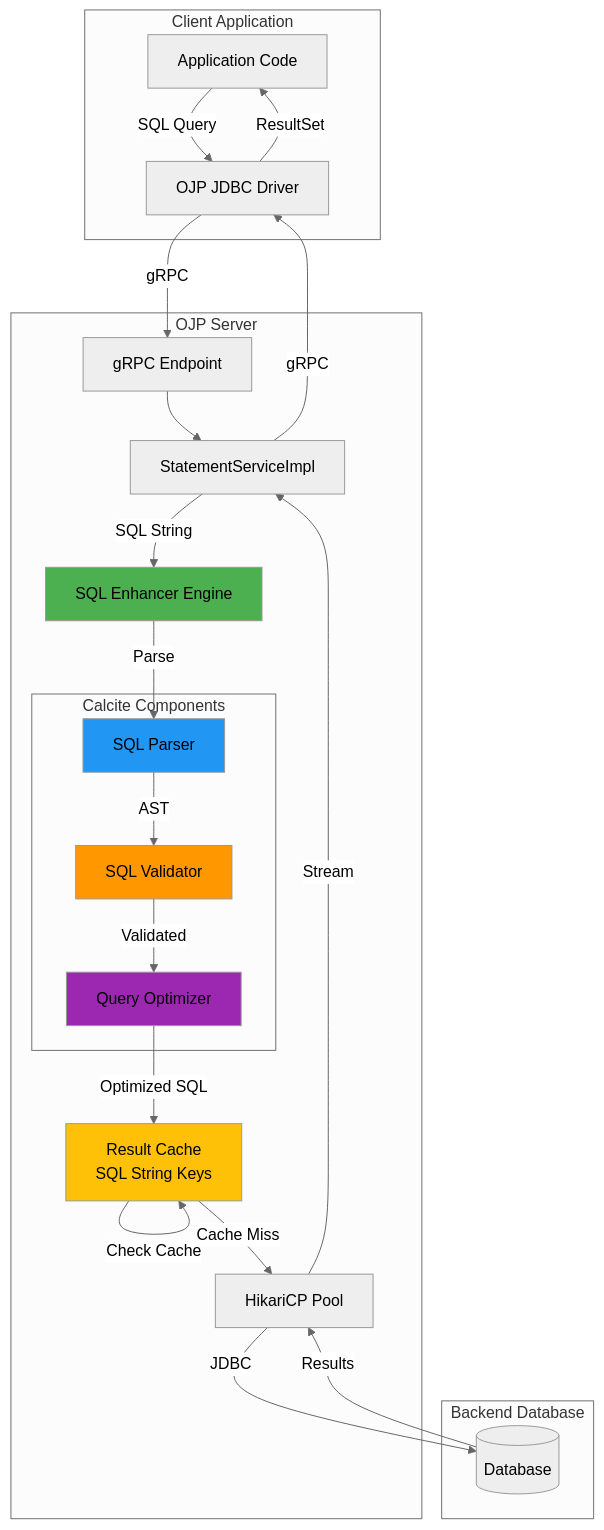
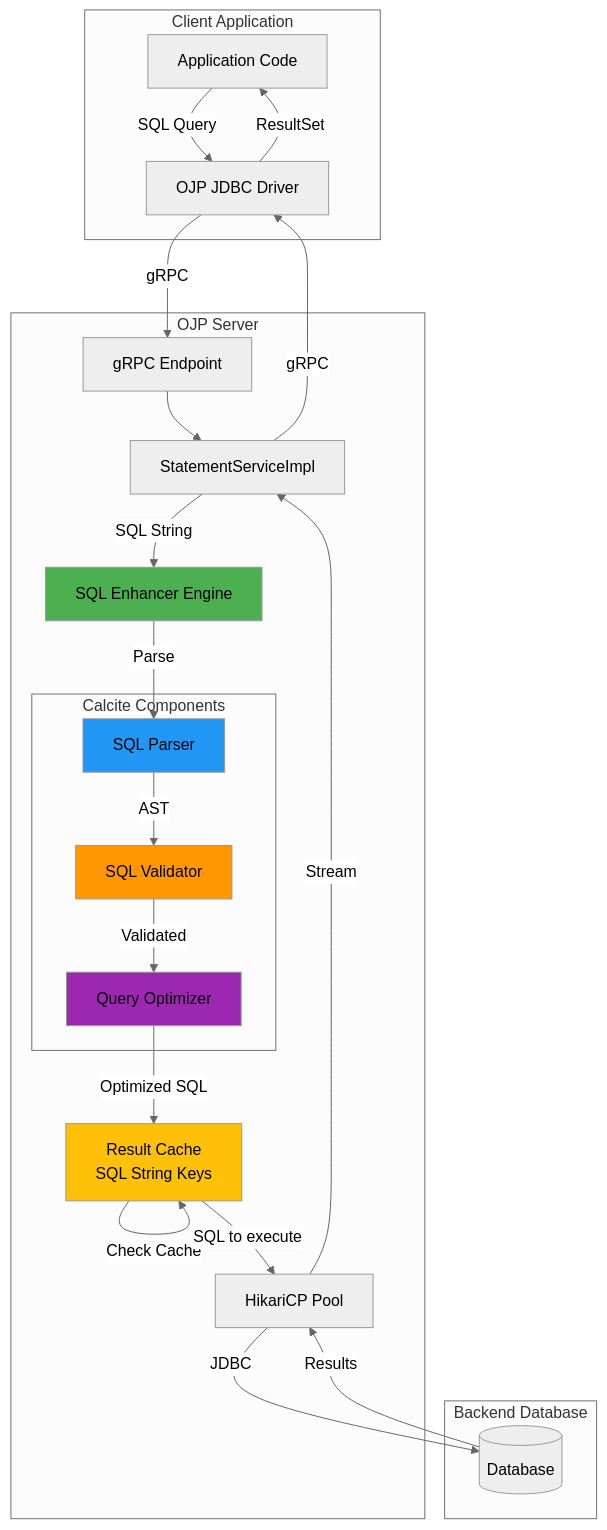
One commit to Open-JDBC-Proxy/ojp changed the first of 2 diagrams in documents/articles/calcite-sql-enhancer-deep-dive.md. Above: the diagram before and after it, drawn with Mermaid (neutral theme).

Commit message:
Update cache miss description in SQL flow diagram

````diff
--- a/documents/articles/calcite-sql-enhancer-deep-dive.md
+++ b/documents/articles/calcite-sql-enhancer-deep-dive.md
@@ -159,46 +159,46 @@
 ```mermaid
 graph TB
     subgraph "Client Application"
         APP[Application Code]
         OJPDRIVER[OJP JDBC Driver]
     end
     
     subgraph "OJP Server"
         GRPC[gRPC Endpoint]
         STMT[StatementServiceImpl]
         ENHANCER[SQL Enhancer Engine]
         subgraph "Calcite Components"
             PARSER[SQL Parser]
             VALIDATOR[SQL Validator]
             OPTIMIZER[Query Optimizer]
         end
         CACHE[Result Cache<br/>SQL String Keys]
         POOL[HikariCP Pool]
     end
     
     subgraph "Backend Database"
         DB[(Database)]
     end
     
     APP -->|SQL Query| OJPDRIVER
     OJPDRIVER -->|gRPC| GRPC
     GRPC --> STMT
     STMT -->|SQL String| ENHANCER
     ENHANCER -->|Parse| PARSER
     PARSER -->|AST| VALIDATOR
     VALIDATOR -->|Validated| OPTIMIZER
     OPTIMIZER -->|Optimized SQL| CACHE
     CACHE -->|Check Cache| CACHE
-    CACHE -->|Cache Miss| POOL
+    CACHE -->|SQL to execute| POOL
     POOL -->|JDBC| DB
     DB -->|Results| POOL
     POOL -->|Stream| STMT
     STMT -->|gRPC| OJPDRIVER
     OJPDRIVER -->|ResultSet| APP
     
     style ENHANCER fill:#4CAF50
     style PARSER fill:#2196F3
     style VALIDATOR fill:#FF9800
     style OPTIMIZER fill:#9C27B0
     style CACHE fill:#FFC107
 ```
````
